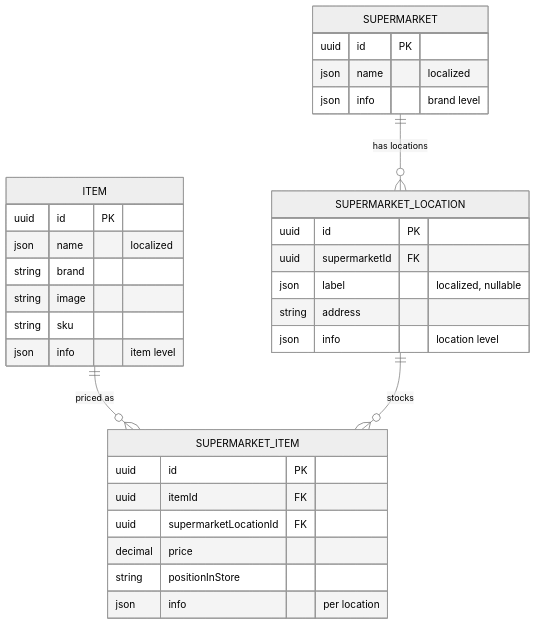
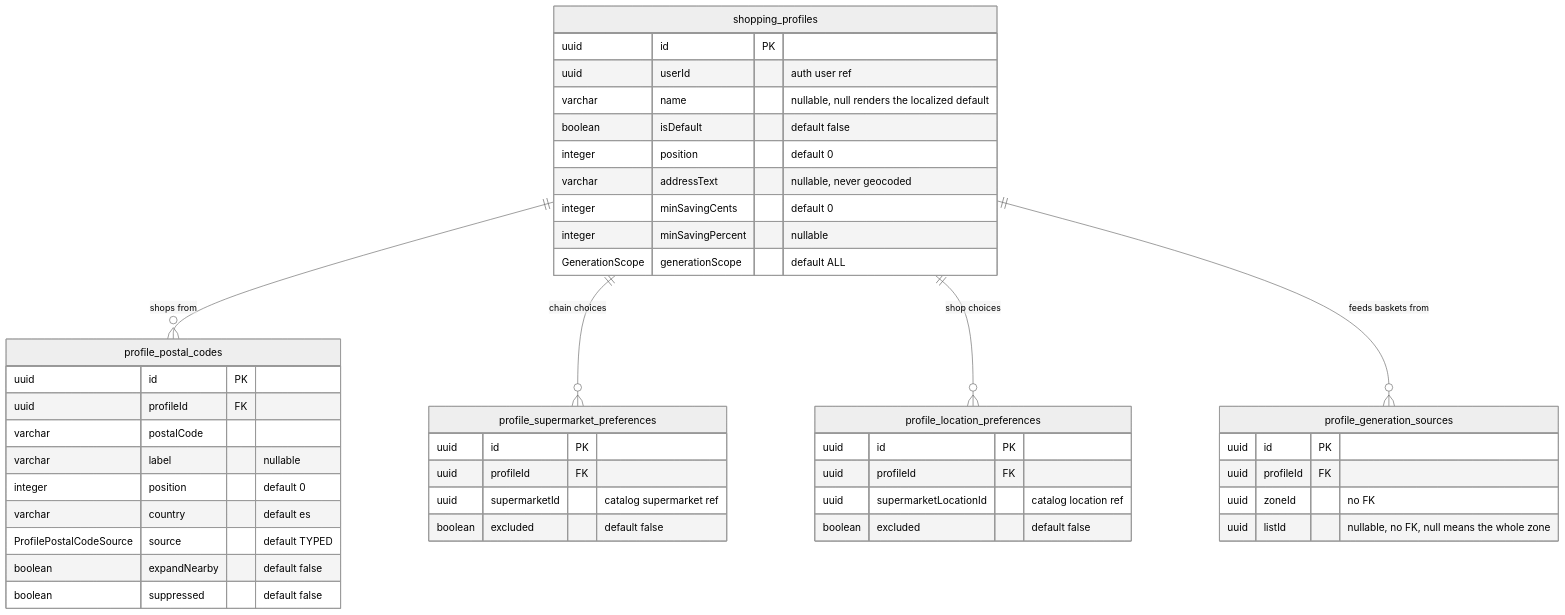
Before and after one commit to IchirokuXVI/nx-portfolio: the fifth of 6 diagrams in apps/luna-shopper-backend/core/docs/data-model.md, drawn with Mermaid (neutral theme). The commit also changed other lines of this file and 29 other files, not shown here.

````diff
--- a/apps/luna-shopper-backend/core/docs/data-model.md
+++ b/apps/luna-shopper-backend/core/docs/data-model.md
@@ -220,35 +339,48 @@
 ```mermaid
 erDiagram
-    SUPERMARKET ||--o{ SUPERMARKET_LOCATION : "has locations"
-    ITEM ||--o{ SUPERMARKET_ITEM : "priced as"
-    SUPERMARKET_LOCATION ||--o{ SUPERMARKET_ITEM : "stocks"
+    shopping_profiles ||--o{ profile_postal_codes : "shops from"
+    shopping_profiles ||--o{ profile_supermarket_preferences : "chain choices"
+    shopping_profiles ||--o{ profile_location_preferences : "shop choices"
+    shopping_profiles ||--o{ profile_generation_sources : "feeds baskets from"
 
-    SUPERMARKET {
+    shopping_profiles {
         uuid id PK
-        json name "localized"
-        json info "brand level"
+        uuid userId "auth user ref"
+        varchar name "nullable, null renders the localized default"
+        boolean isDefault "default false"
+        integer position "default 0"
+        varchar addressText "nullable, never geocoded"
+        integer minSavingCents "default 0"
+        integer minSavingPercent "nullable"
+        GenerationScope generationScope "default ALL"
     }
-    SUPERMARKET_LOCATION {
+    profile_postal_codes {
         uuid id PK
-        uuid supermarketId FK
-        json label "localized, nullable"
-        string address
-        json info "location level"
+        uuid profileId FK
+        varchar postalCode
+        varchar label "nullable"
+        integer position "default 0"
+        varchar country "default es"
+        ProfilePostalCodeSource source "default TYPED"
+        boolean expandNearby "default false"
+        boolean suppressed "default false"
     }
-    ITEM {
+    profile_supermarket_preferences {
         uuid id PK
-        json name "localized"
-        string brand
-        string image
-        string sku
-        json info "item level"
+        uuid profileId FK
+        uuid supermarketId "catalog supermarket ref"
+        boolean excluded "default false"
     }
-    SUPERMARKET_ITEM {
+    profile_location_preferences {
         uuid id PK
-        uuid itemId FK
-        uuid supermarketLocationId FK
-        decimal price
-        string positionInStore
-        json info "per location"
+        uuid profileId FK
+        uuid supermarketLocationId "catalog location ref"
+        boolean excluded "default false"
+    }
+    profile_generation_sources {
+        uuid id PK
+        uuid profileId FK
+        uuid zoneId "no FK"
+        uuid listId "nullable, no FK, null means the whole zone"
     }
 ```
````
